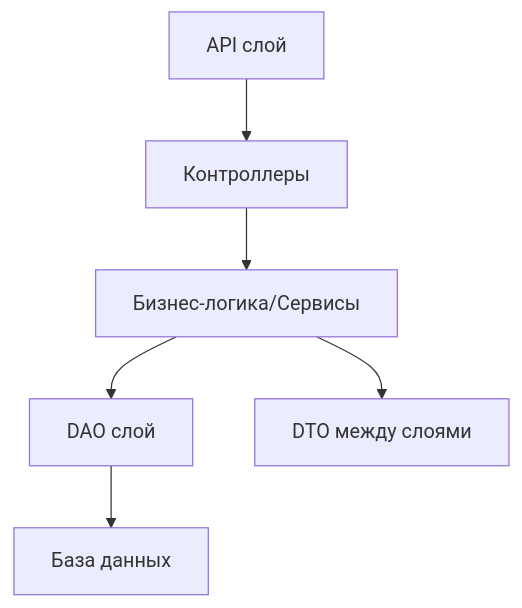
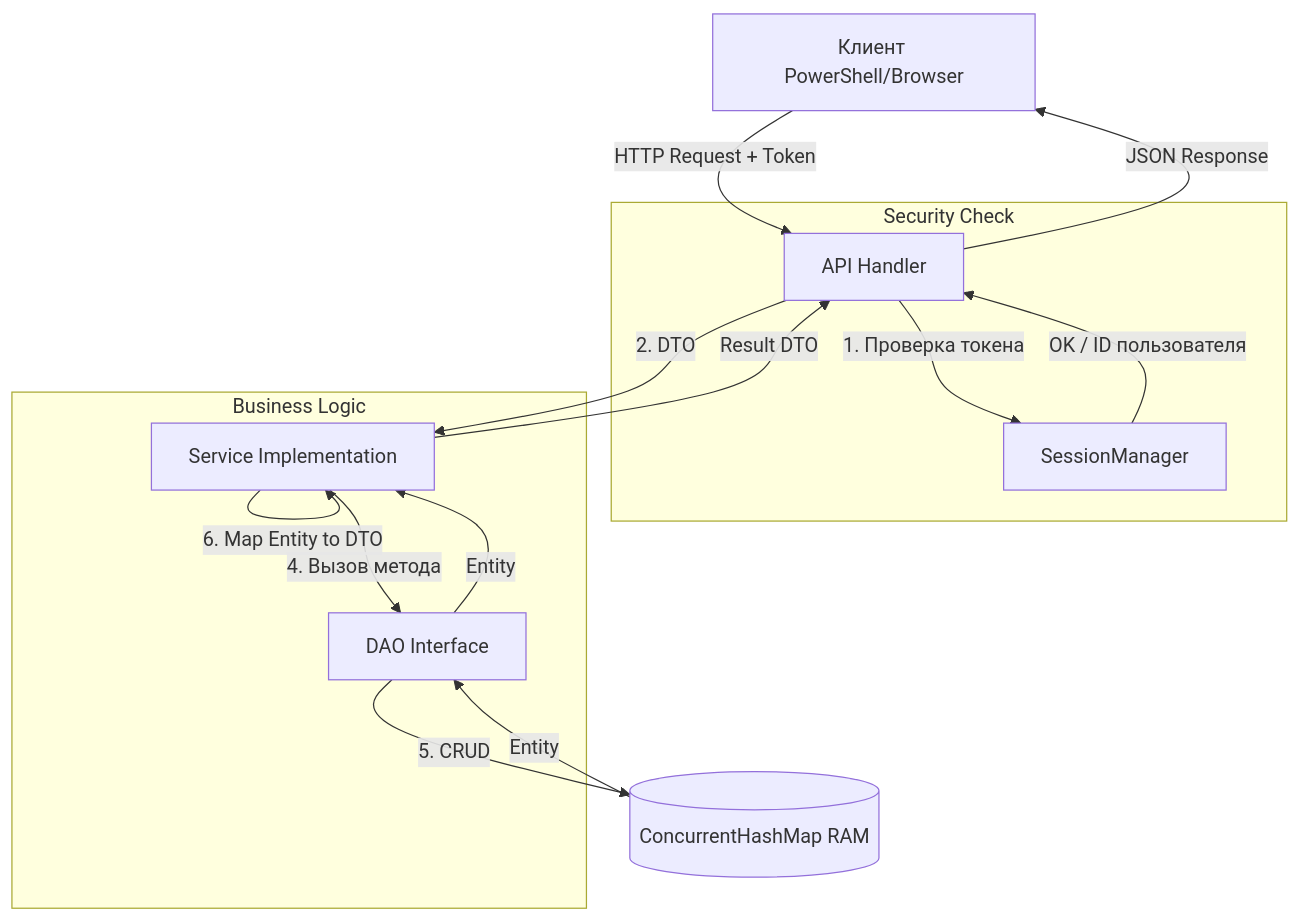
Before and after one commit to Unaro/grant-server: the diagram in docs/ARCHITECTURE.md, drawn with Mermaid. The commit also changed other lines of this file and 4 other files, not shown here.

````diff
--- a/docs/ARCHITECTURE.md
+++ b/docs/ARCHITECTURE.md
@@ -16,8 +63,24 @@
 ```mermaid
 graph TD;
-    API[API слой] --> Controllers[Контроллеры]
-    Controllers --> Service[Бизнес-логика/Сервисы]
-    Service --> DAO[DAO слой]
-    Service --> DTO[DTO между слоями]
-    DAO --> DB[База данных]
+    Client[Клиент PowerShell/Browser] -->|HTTP Request + Token| Handler[API Handler]
+    
+    subgraph Security Check
+    Handler -- 1. Проверка токена --> SessionManager[SessionManager]
+    SessionManager -- OK / ID пользователя --> Handler
+    end
+    
+    Handler -- 2. DTO --> Service[Service Implementation]
+    
+    subgraph Business Logic
+    Service -- 3. Map DTO to Entity --> Service
+    Service -- 4. Вызов метода --> DAO[DAO Interface]
+    end
+    
+    DAO -- 5. CRUD --> Storage[(ConcurrentHashMap RAM)]
+    Storage -- Entity --> DAO
+    DAO -- Entity --> Service
+    
+    Service -- 6. Map Entity to DTO --> Service
+    Service -- Result DTO --> Handler
+    Handler -- JSON Response --> Client
 ```
````
